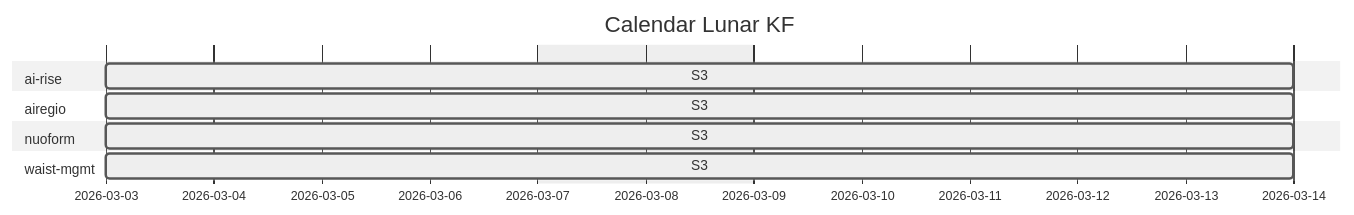
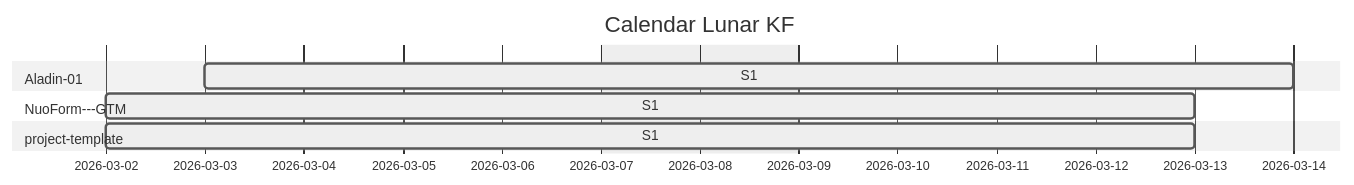
The second of 2 diagrams in docs/unified-calendar.md (Katty-Fashion/kf-cpto), drawn with Mermaid (neutral theme) before and after one commit. The commit also changed other lines of this file and 6 other files, not shown here.

````diff
--- a/docs/unified-calendar.md
+++ b/docs/unified-calendar.md
@@ -22,15 +22,13 @@
 ```mermaid
 gantt
     title Calendar Lunar KF
     dateFormat YYYY-MM-DD
     excludes weekends
 
-    section ai-rise
-    S3 :active, 2026-03-03, 2026-03-14
-    section airegio
-    S3 :active, 2026-03-03, 2026-03-14
-    section nuoform
-    S3 :active, 2026-03-03, 2026-03-14
-    section waist-mgmt
-    S3 :active, 2026-03-03, 2026-03-14
+    section Aladin-01
+    S1 :active, 2026-03-03, 2026-03-14
+    section NuoForm---GTM
+    S1 :active, 2026-03-02, 2026-03-13
+    section project-template
+    S1 :active, 2026-03-02, 2026-03-13
 ```
````
